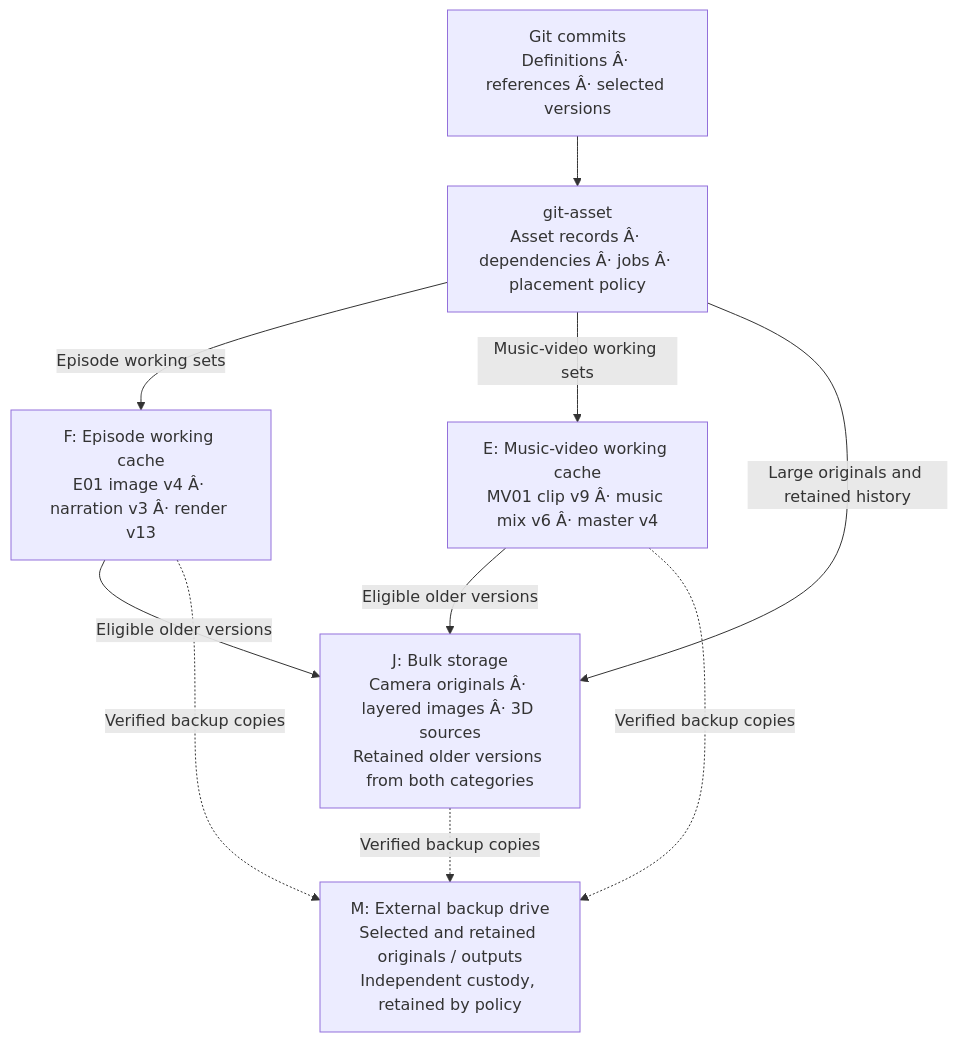
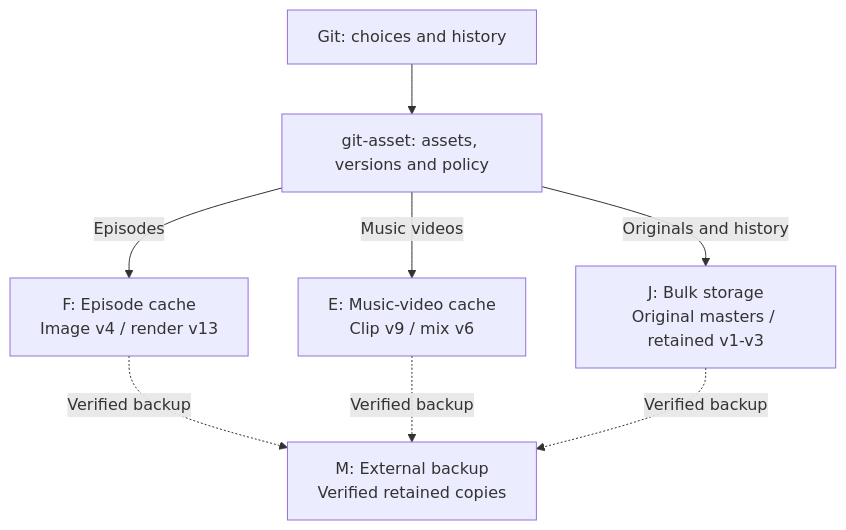
Before and after one commit to giodl73-repo/git-asset: the first of 2 diagrams in README.md, drawn with Mermaid. The commit also changed other lines of this file, not shown here.

Commit message:
Keep README diagrams compact and labels readable

````diff
--- a/README.md
+++ b/README.md
@@ -36,14 +36,12 @@
 ```mermaid
 flowchart TB
-    G["Git commits<br/>Definitions Â· references Â· selected versions"]
-    A["git-asset<br/>Asset records Â· dependencies Â· jobs Â· placement policy"]
+    G["Git: choices and history"]
+    A["git-asset: assets, versions and policy"]
     G --> A
-    A -->|Episode working sets| F["F: Episode working cache<br/>E01 image v4 Â· narration v3 Â· render v13"]
-    A -->|Music-video working sets| E["E: Music-video working cache<br/>MV01 clip v9 Â· music mix v6 Â· master v4"]
-    A -->|Large originals and retained history| J["J: Bulk storage<br/>Camera originals Â· layered images Â· 3D sources<br/>Retained older versions from both categories"]
-    F -->|Eligible older versions| J
-    E -->|Eligible older versions| J
-    F -.->|Verified backup copies| M["M: External backup drive<br/>Selected and retained originals / outputs<br/>Independent custody, retained by policy"]
-    E -.->|Verified backup copies| M
-    J -.->|Verified backup copies| M
+    A -->|Episodes| F["F: Episode cache<br/>Image v4 / render v13"]
+    A -->|Music videos| E["E: Music-video cache<br/>Clip v9 / mix v6"]
+    A -->|Originals and history| J["J: Bulk storage<br/>Original masters / retained v1-v3"]
+    F -.->|Verified backup| M["M: External backup<br/>Verified retained copies"]
+    E -.->|Verified backup| M
+    J -.->|Verified backup| M
 ```
````
